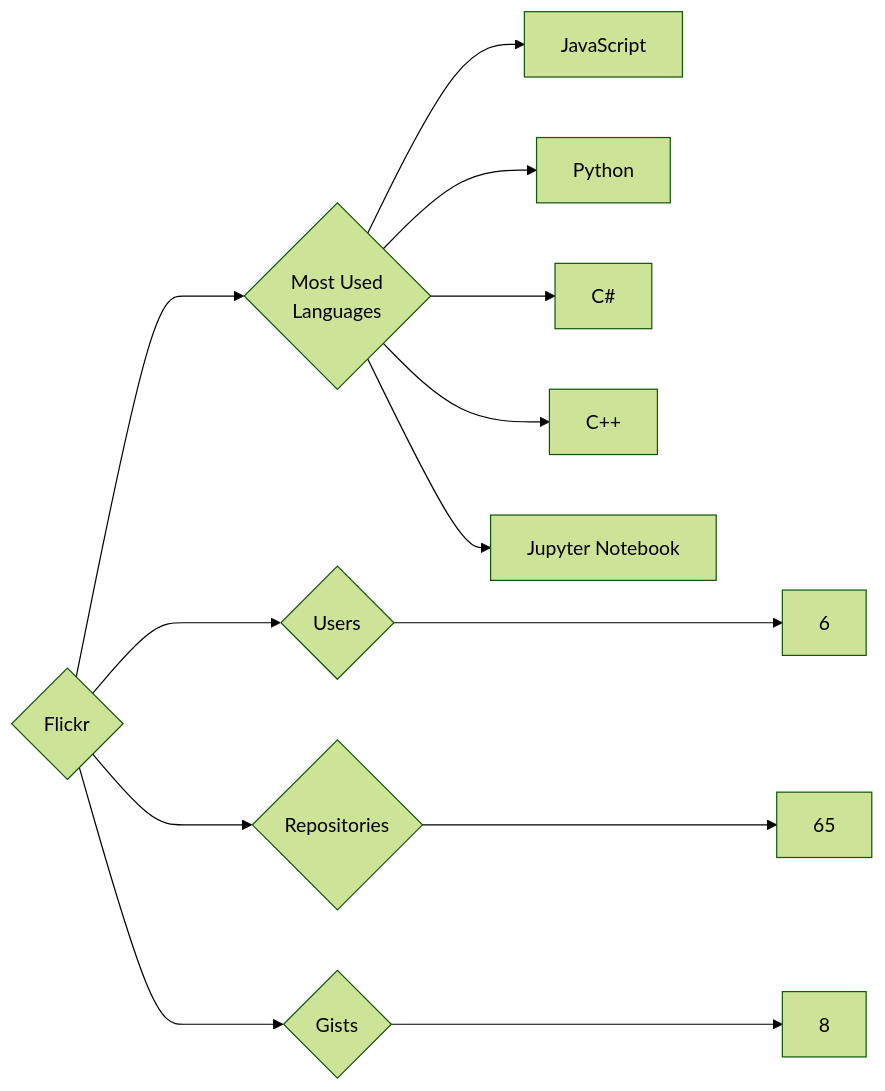
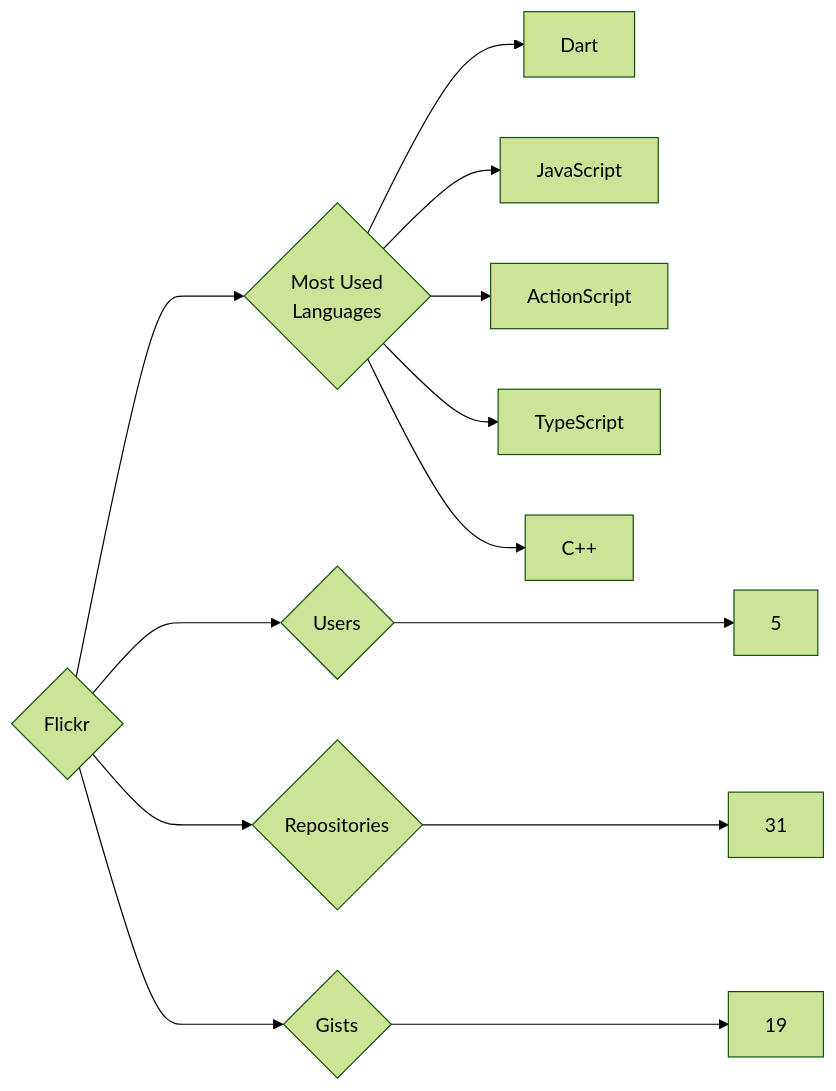
The diagram in targets/Flickr/README.md (trickest/insiders), drawn with Mermaid (forest theme) before and after one commit. The commit also changed 865 other files, not shown here.

````diff
--- a/targets/Flickr/README.md
+++ b/targets/Flickr/README.md
@@ -3,13 +3,13 @@
 ```mermaid
 graph LR
 COMPANY_NAME{Flickr}
-COMPANY_NAME ---> U{Users} ---> UN[6]
-COMPANY_NAME ---> R{Repositories} ---> RN[65]
-COMPANY_NAME ---> G{Gists} ---> GN[8]
+COMPANY_NAME ---> U{Users} ---> UN[5]
+COMPANY_NAME ---> R{Repositories} ---> RN[31]
+COMPANY_NAME ---> G{Gists} ---> GN[19]
 COMPANY_NAME ---> ML{Most Used<br>Languages}
+ML --> Dart[Dart]
 ML --> JavaScript[JavaScript]
-ML --> Python[Python]
-ML --> C#[C#]
+ML --> ActionScript[ActionScript]
+ML --> TypeScript[TypeScript]
 ML --> C++[C++]
-ML --> Jupyter_Notebook[Jupyter Notebook]
 ```
````
